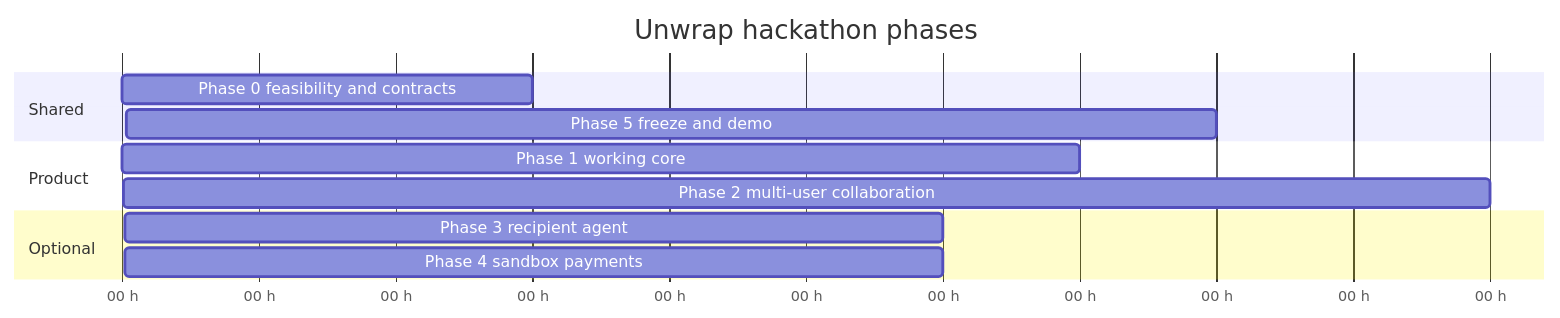
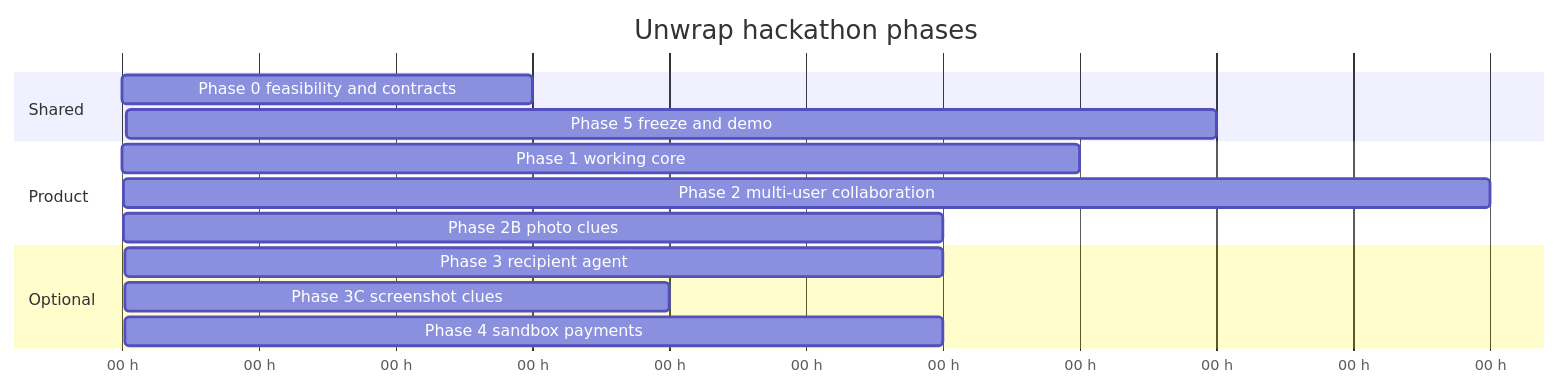
The diagram in docs/EXECUTION_PLAN.md (Jonjlim/calhacks2026), drawn with Mermaid before and after one commit. The commit also changed other lines of this file and 13 other files, not shown here.

````diff
--- a/docs/EXECUTION_PLAN.md
+++ b/docs/EXECUTION_PLAN.md
@@ -9,15 +9,17 @@
 ```mermaid
 gantt
   title Unwrap hackathon phases
   dateFormat X
   axisFormat %H h
   section Shared
   Phase 0 feasibility and contracts :p0, 0, 3
   Phase 5 freeze and demo :p5, 28, 8
   section Product
   Phase 1 working core :p1, 3, 7
   Phase 2 multi-user collaboration :p2, 10, 10
+  Phase 2B photo clues :p2b, 14, 6
   section Optional
   Phase 3 recipient agent :p3, 20, 6
+  Phase 3C screenshot clues :p3c, 20, 4
   Phase 4 sandbox payments :p4, 22, 6
 ```
````
